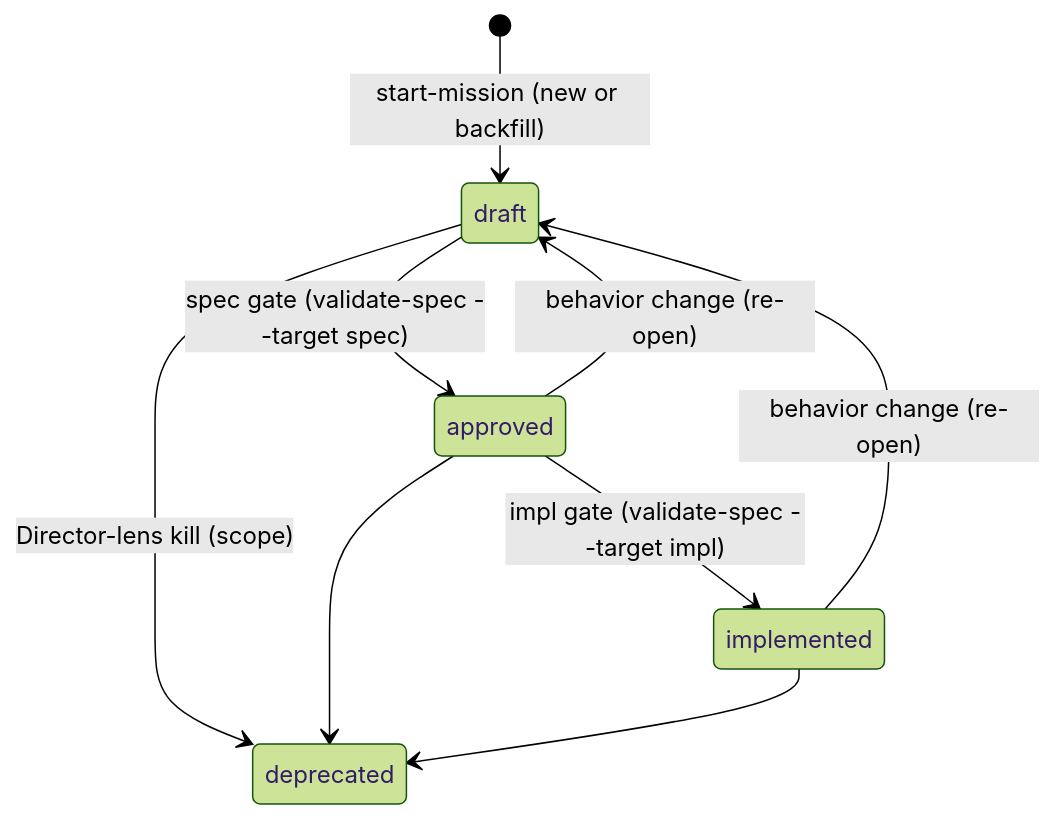
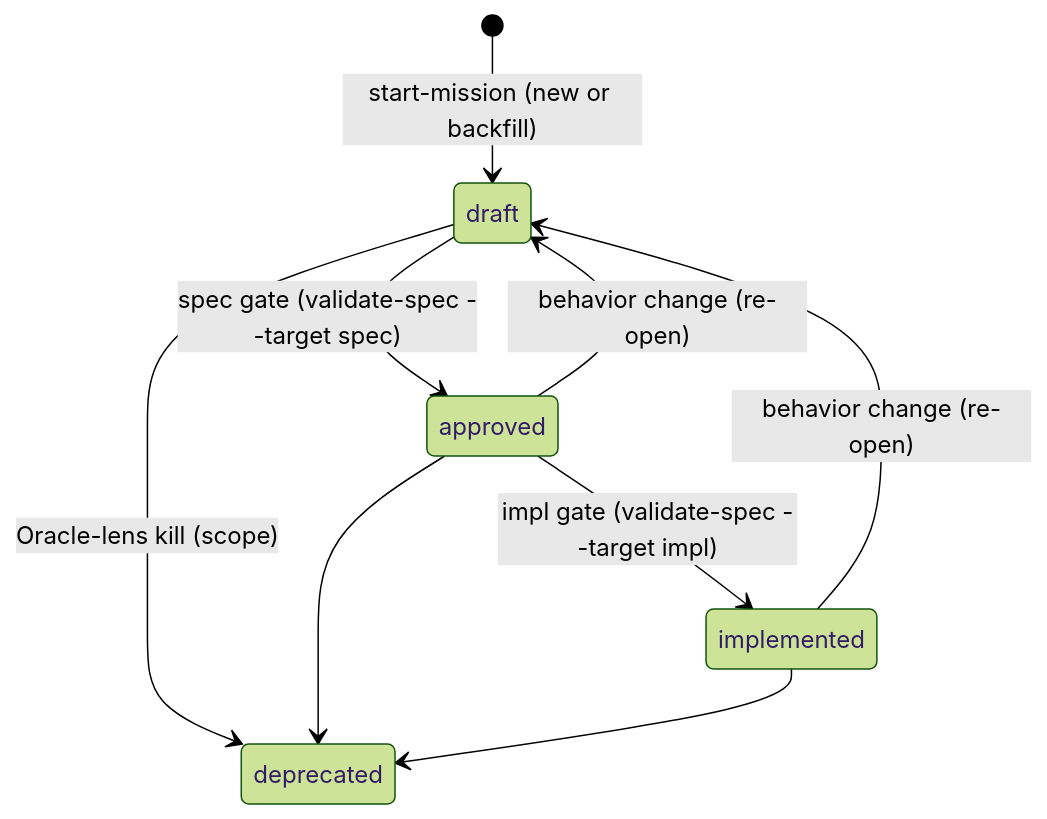
Before and after one commit to cyberuni/cyber-sdd: the diagram in .agents/specs/sdd/design/lifecycle-model.md, drawn with Mermaid (forest theme). The commit also changed other lines of this file and 36 other files, not shown here.

First line of the commit message:
refactor(sdd): rename Director actor to Oracle

````diff
--- a/.agents/specs/sdd/design/lifecycle-model.md
+++ b/.agents/specs/sdd/design/lifecycle-model.md
@@ -59,11 +59,11 @@
 ```mermaid
 stateDiagram-v2
     [*] --> draft: start-mission (new or backfill)
     draft --> approved: spec gate (validate-spec --target spec)
     approved --> implemented: impl gate (validate-spec --target impl)
     approved --> draft: behavior change (re-open)
     implemented --> draft: behavior change (re-open)
-    draft --> deprecated: Director-lens kill (scope)
+    draft --> deprecated: Oracle-lens kill (scope)
     approved --> deprecated
     implemented --> deprecated
 ```
````
